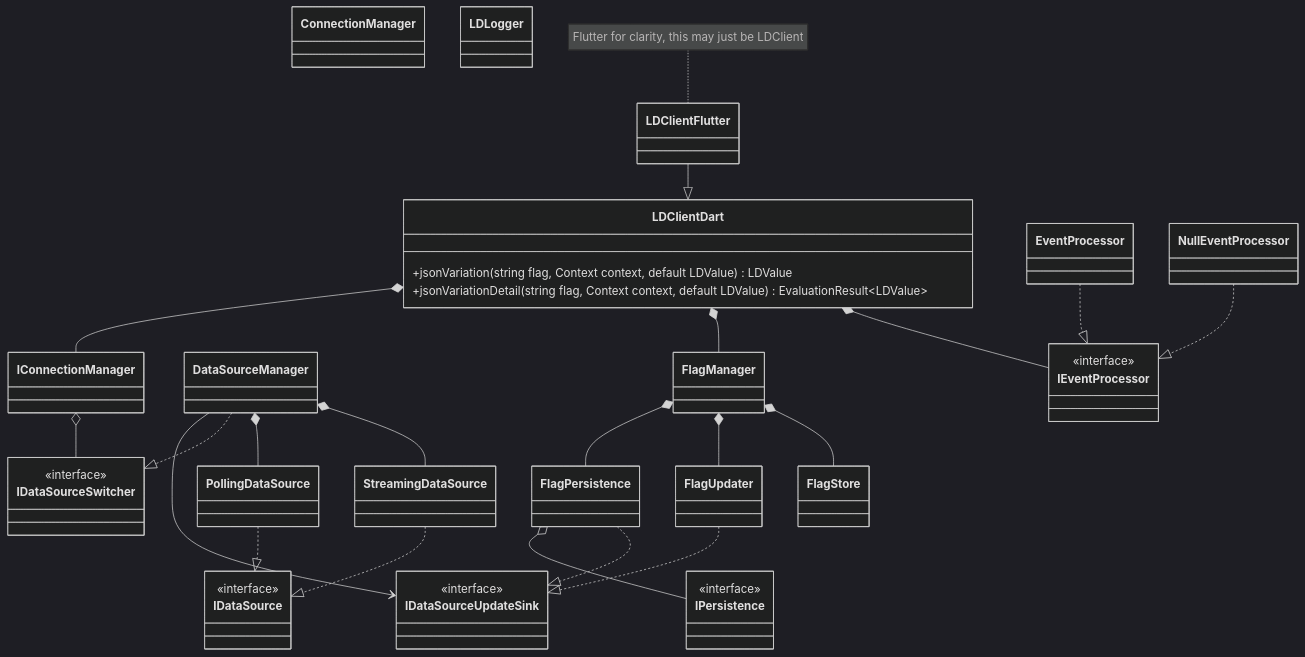
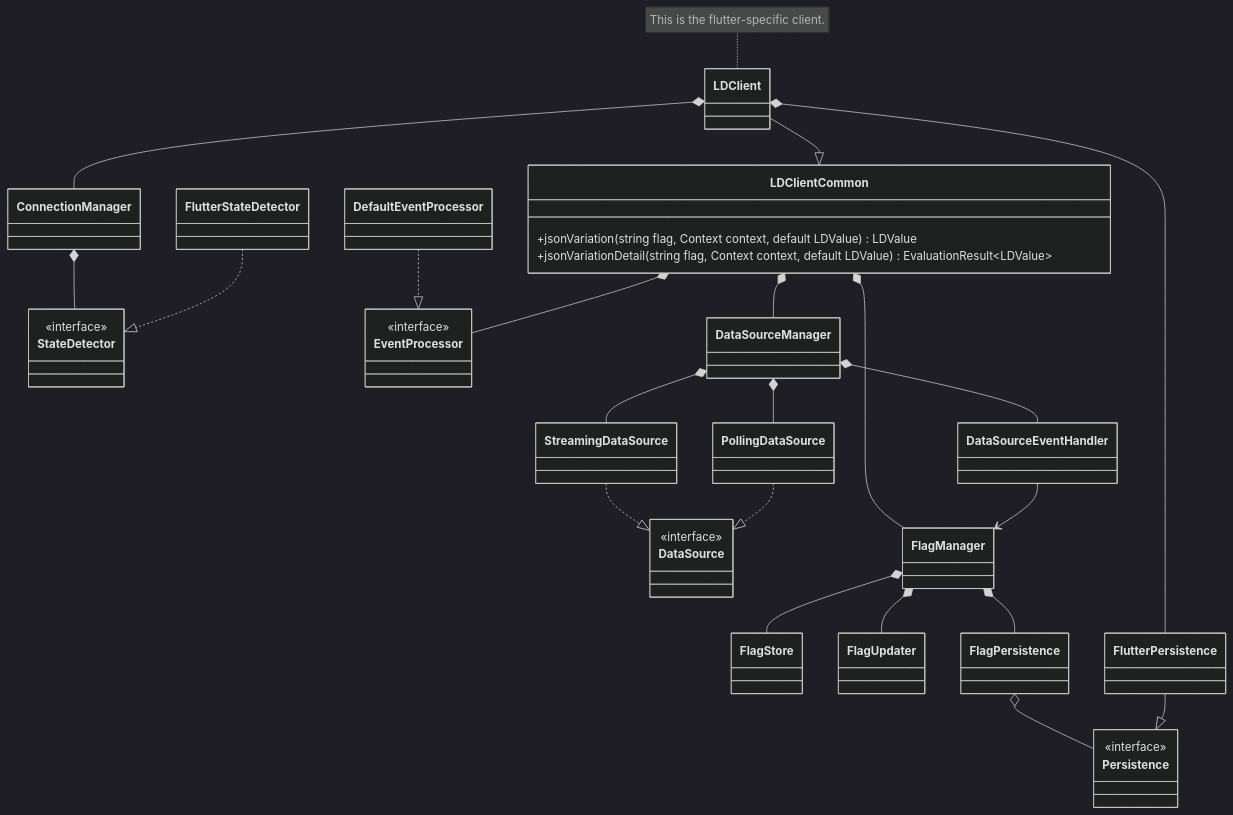
Before and after one commit to launchdarkly/flutter-client-sdk: the diagram in architechture/high_level.md, drawn with Mermaid (dark theme).

Commit message:
chore: Update arch diagram. (#108)
This is not comprehensive, but it captures the broad strokes.

Preview:
https://github.com/launchdarkly/flutter-client-sdk/blob/232ca7ee04fddb67b5f111ce10b903dcb44365db/architechture/high_level.md

````diff
--- a/architechture/high_level.md
+++ b/architechture/high_level.md
@@ -3,36 +3,31 @@
 ```mermaid
 classDiagram
-direction TB
+direction
 
-class LDClientDart {
-  +jsonVariation(string flag, Context context, default LDValue) LDValue
-  +jsonVariationDetail(string flag, Context context, default LDValue) EvaluationResult~LDValue~
+class LDClientCommon {
++jsonVariation(string flag, Context context, default LDValue) LDValue
++jsonVariationDetail(string flag, Context context, default LDValue) EvaluationResult~LDValue~
 }
 
-class IDataSourceUpdateSink {
-  <<interface>>
-}
-
-class IDataSource {
-  <<interface>>
-}
-
-class IEventProcessor {
-  <<interface>>
-}
-
-class IDataSourceSwitcher {
-  <<interface>>
-}
-
-class IPersistence {
-  <<interface>>
+class DataSource {
+<<interface>>
 }
 
 
-class ConnectionManager
+class StateDetector {
+<<interface>>
+}
+
+class EventProcessor {
+<<interface>>
+}
+
+class Persistence {
+<<interface>>
+}
+
+
 class DataSourceManager
-
 
 class StreamingDataSource
 
@@ -40,59 +35,49 @@
 
 class FlagManager
 
-
 class FlagStore
 
 class FlagUpdater
 
 class FlagPersistence
 
-class LDLogger
+class DataSourceEventHandler
 
-class EventProcessor
-
-class NullEventProcessor
-
-note for LDClientFlutter "Flutter for clarity, this may just be LDClient"
-class LDClientFlutter
-
-EventProcessor ..|> IEventProcessor
-NullEventProcessor ..|> IEventProcessor
-
-%% LDClientDart *-- LDLogger
-%% EventProcessor o-- LDLogger
-%% FlagManager o-- LDLogger
-%% PollingDataSource o-- LDLogger
-%% StreamingDataSource o-- LDLogger
+class ConnectionManager
 
 
+note for LDClient "This is the flutter-specific client."
+class LDClient
 
+class FlutterPersistence
 
-FlagPersistence o-- IPersistence
+ConnectionManager *-- StateDetector
 
-FlagUpdater ..|> IDataSourceUpdateSink
-LDClientDart *-- IConnectionManager
-DataSourceManager --> IDataSourceUpdateSink
-DataSourceManager ..|> IDataSourceSwitcher
-FlagPersistence ..|> IDataSourceUpdateSink
-IConnectionManager o-- IDataSourceSwitcher
+LDClient *-- ConnectionManager
 
+DefaultEventProcessor ..|> EventProcessor
+FlutterStateDetector ..|> StateDetector
 
-LDClientDart *-- FlagManager
-LDClientDart *-- IEventProcessor
+FlagPersistence o-- Persistence
+FlutterPersistence --|> Persistence
+LDClient *-- FlutterPersistence
+
+LDClientCommon *-- EventProcessor
+LDClientCommon *-- DataSourceManager
+LDClientCommon *-- FlagManager
 
 FlagManager *-- FlagPersistence
 FlagManager *-- FlagUpdater
 FlagManager *-- FlagStore
 
-StreamingDataSource ..|> IDataSource
-PollingDataSource ..|> IDataSource
+StreamingDataSource ..|> DataSource
+PollingDataSource ..|> DataSource
 DataSourceManager *-- PollingDataSource
 DataSourceManager *-- StreamingDataSource
+DataSourceManager *-- DataSourceEventHandler
+DataSourceEventHandler --> FlagManager
 
 
-
-LDClientFlutter --|> LDClientDart
-
+LDClient --|> LDClientCommon
 
 ```
````
